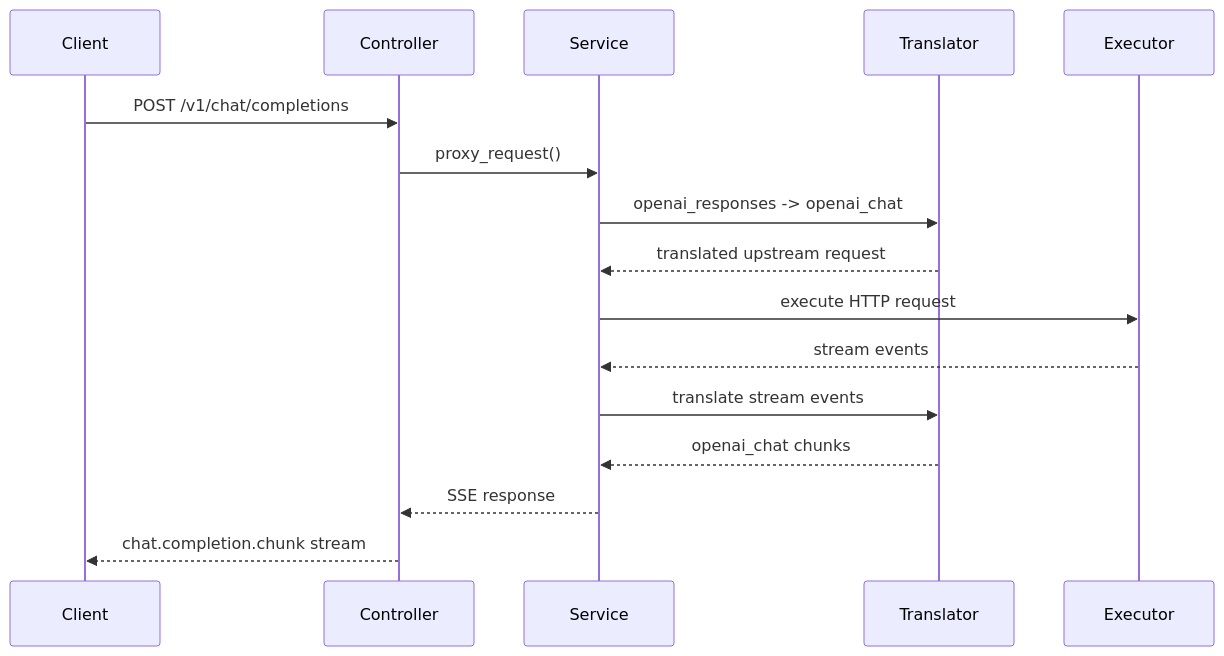
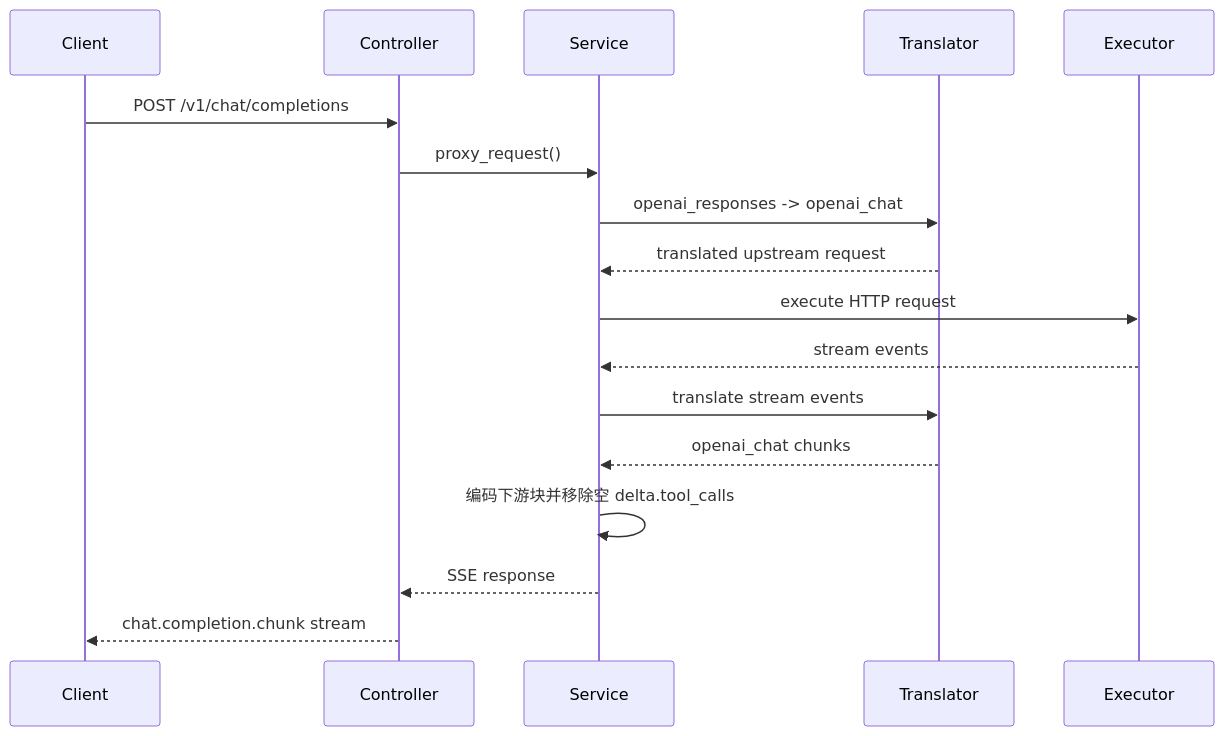
Before and after one commit to VonSdite/LLM_Proxy: the first of 2 diagrams in docs/architecture-4plus1.md, drawn with Mermaid. The commit also changed other lines of this file and 2 other files, not shown here.

````diff
--- a/docs/architecture-4plus1.md
+++ b/docs/architecture-4plus1.md
@@ -379,19 +381,20 @@
 ```mermaid
 sequenceDiagram
     participant Client
     participant Controller
     participant Service
     participant Translator
     participant Executor
 
     Client->>Controller: POST /v1/chat/completions
     Controller->>Service: proxy_request()
     Service->>Translator: openai_responses -> openai_chat
     Translator-->>Service: translated upstream request
     Service->>Executor: execute HTTP request
     Executor-->>Service: stream events
     Service->>Translator: translate stream events
     Translator-->>Service: openai_chat chunks
+    Service->>Service: 编码下游块并移除空 delta.tool_calls
     Service-->>Controller: SSE response
     Controller-->>Client: chat.completion.chunk stream
 ```
````
